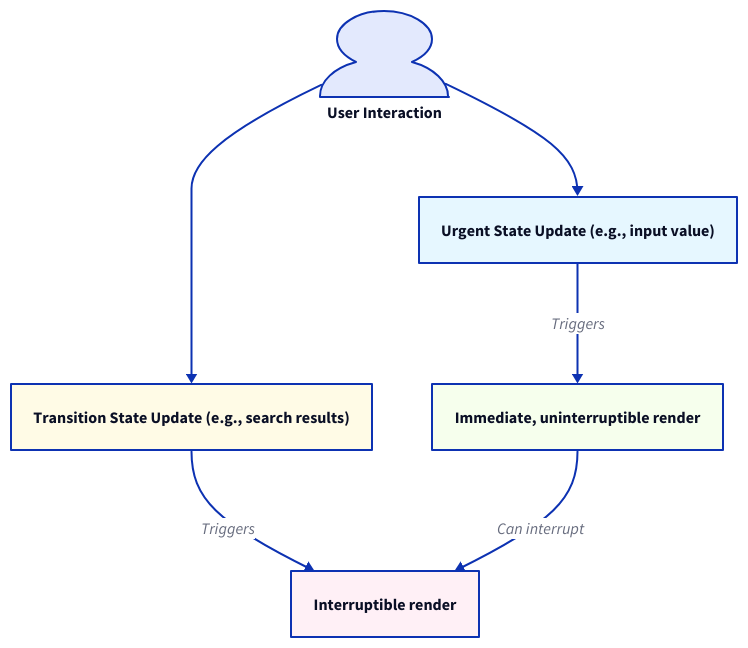
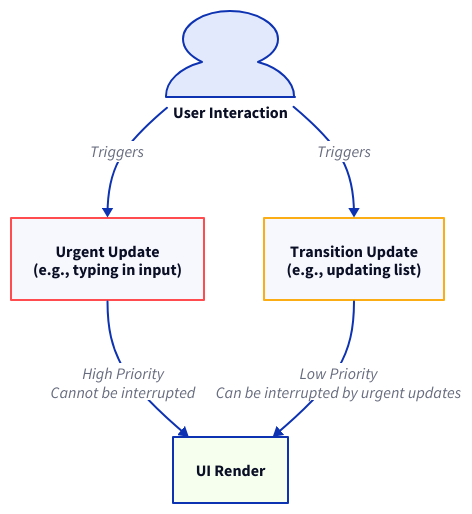
Before and after one commit to lban2049/react: the diagram in packages/react/.aigne/doc-smith/docs/advanced-transitions.md, drawn with D2. The commit also changed other lines of this file and 46 other files, not shown here.

````diff
--- a/packages/react/.aigne/doc-smith/docs/advanced-transitions.md
+++ b/packages/react/.aigne/doc-smith/docs/advanced-transitions.md
@@ -29,40 +90,32 @@
 ```d2
 direction: down
 
-"User Interaction": {
+"User-Interaction": {
   shape: person
+  label: "User Interaction"
 }
 
-"Urgent Update": {
+"High-Priority-Update": {
   shape: rectangle
-  label: "Urgent State Update (e.g., input value)"
-  style.fill: "#e6f7ff"
+  label: "Urgent Update\n(e.g., typing in input)"
+  style.stroke: "#ff4d4f"
 }
 
-"Transition Update": {
+"Low-Priority-Update": {
   shape: rectangle
-  label: "Transition State Update (e.g., search results)"
-  style.fill: "#fffbe6"
+  label: "Transition Update\n(e.g., updating list)"
+  style.stroke: "#faad14"
 }
 
-"Immediate Render": {
+"UI-Render": {
   shape: rectangle
-  label: "Immediate, uninterruptible render"
+  label: "UI Render"
   style.fill: "#f6ffed"
 }
 
-"Interruptible Render": {
-  shape: rectangle
-  label: "Interruptible render"
-  style.fill: "#fff0f6"
-}
+"User-Interaction" -> "High-Priority-Update": "Triggers"
+"High-Priority-Update" -> "UI-Render": "High Priority\nCannot be interrupted"
 
-"User Interaction" -> "Urgent Update"
-"User Interaction" -> "Transition Update"
-
-"Urgent Update" -> "Immediate Render": "Triggers"
-"Transition Update" -> "Interruptible Render": "Triggers"
-
-"Immediate Render" -> "Interruptible Render": "Can interrupt"
-
+"User-Interaction" -> "Low-Priority-Update": "Triggers"
+"Low-Priority-Update" -> "UI-Render": "Low Priority\nCan be interrupted by urgent updates"
 ```
````
